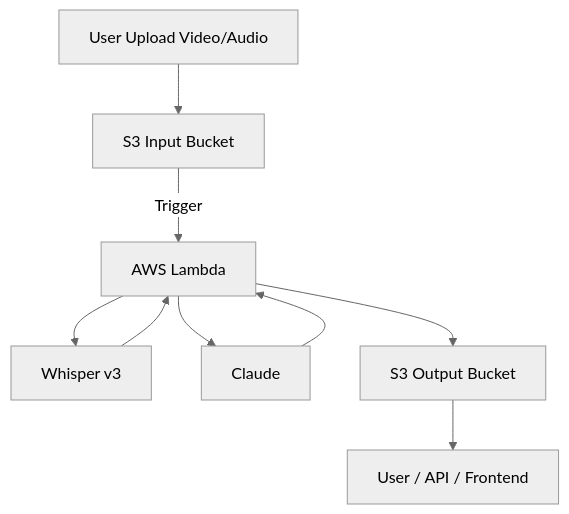
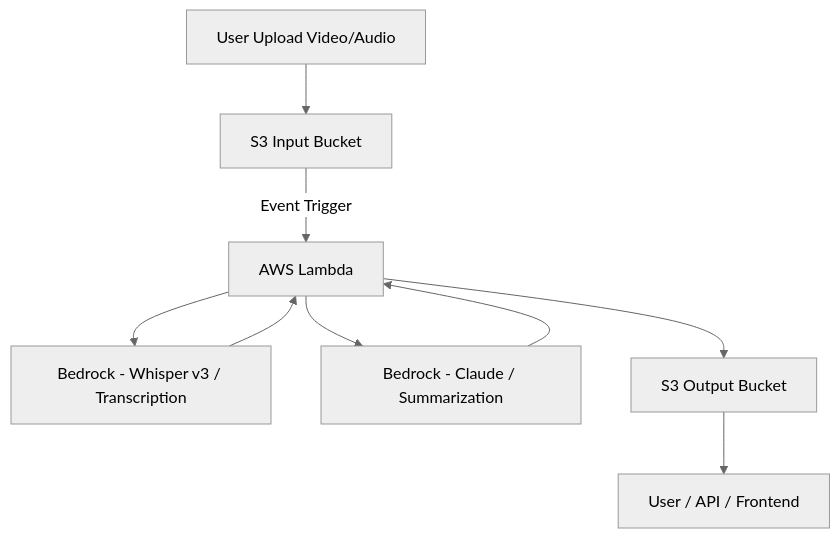
One commit to ariefjuharza/video-highlight-generator changed the diagram in docs/architecture.md. Above: the diagram before and after it, drawn with Mermaid (neutral theme).

````diff
--- a/docs/architecture.md
+++ b/docs/architecture.md
@@ -45,11 +45,11 @@
 ```mermaid
 flowchart TD
-    user[User Upload Video/Audio] --> s3in[S3 Input Bucket]
-    s3in -->|Trigger| lambda[AWS Lambda]
-    lambda --> whisper[Whisper v3]
-    whisper --> lambda
-    lambda --> claude[Claude]
-    claude --> lambda
-    lambda --> s3out[S3 Output Bucket]
-    s3out --> frontend[User / API / Frontend]
+    A[User Upload Video/Audio] --> B[S3 Input Bucket]
+    B -->|Event Trigger| C[AWS Lambda]
+    C --> D[Bedrock - Whisper v3 / Transcription]
+    D --> C
+    C --> E[Bedrock - Claude / Summarization]
+    E --> C
+    C --> F[S3 Output Bucket]
+    F --> G[User / API / Frontend]
 ```
````
